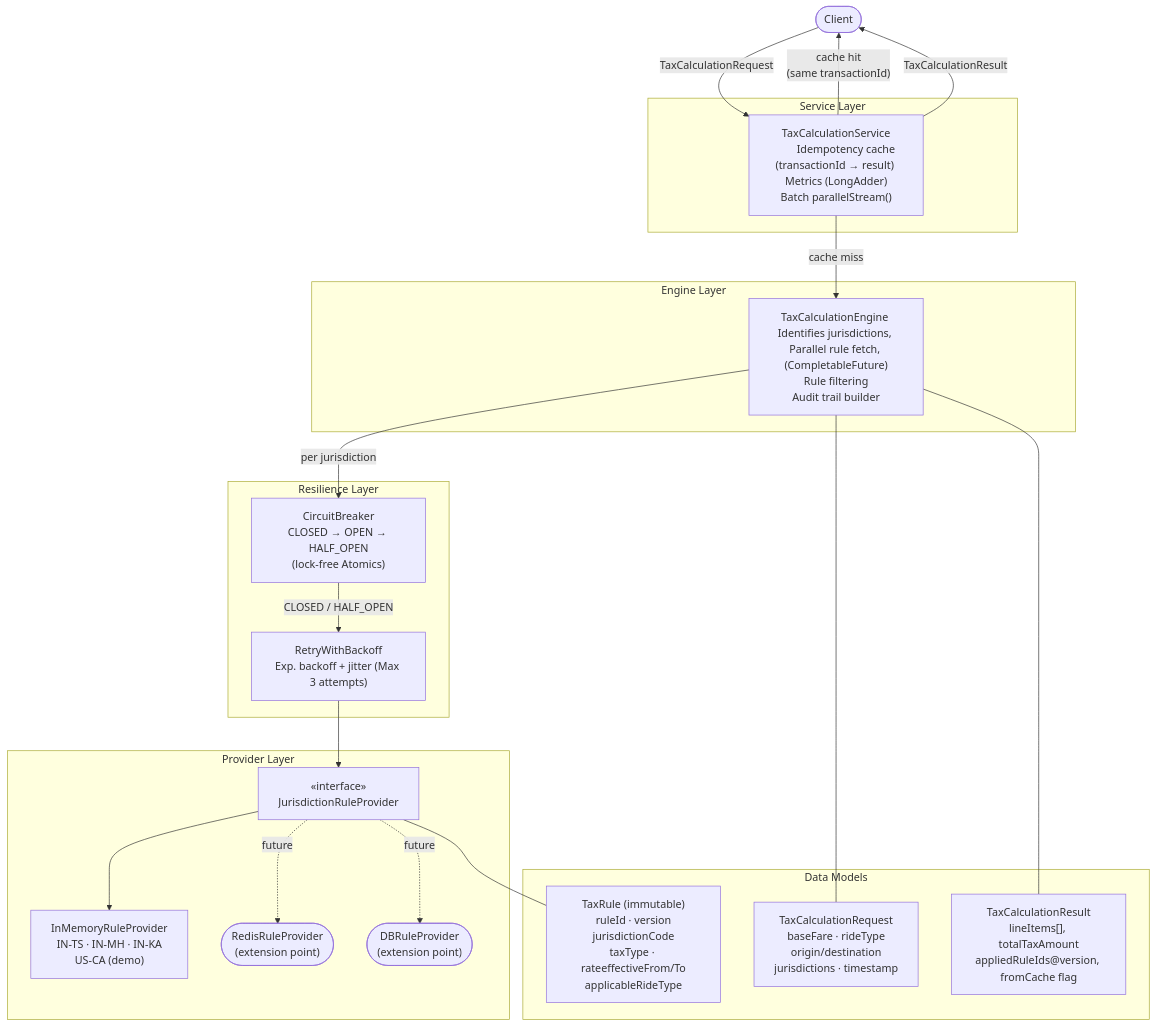
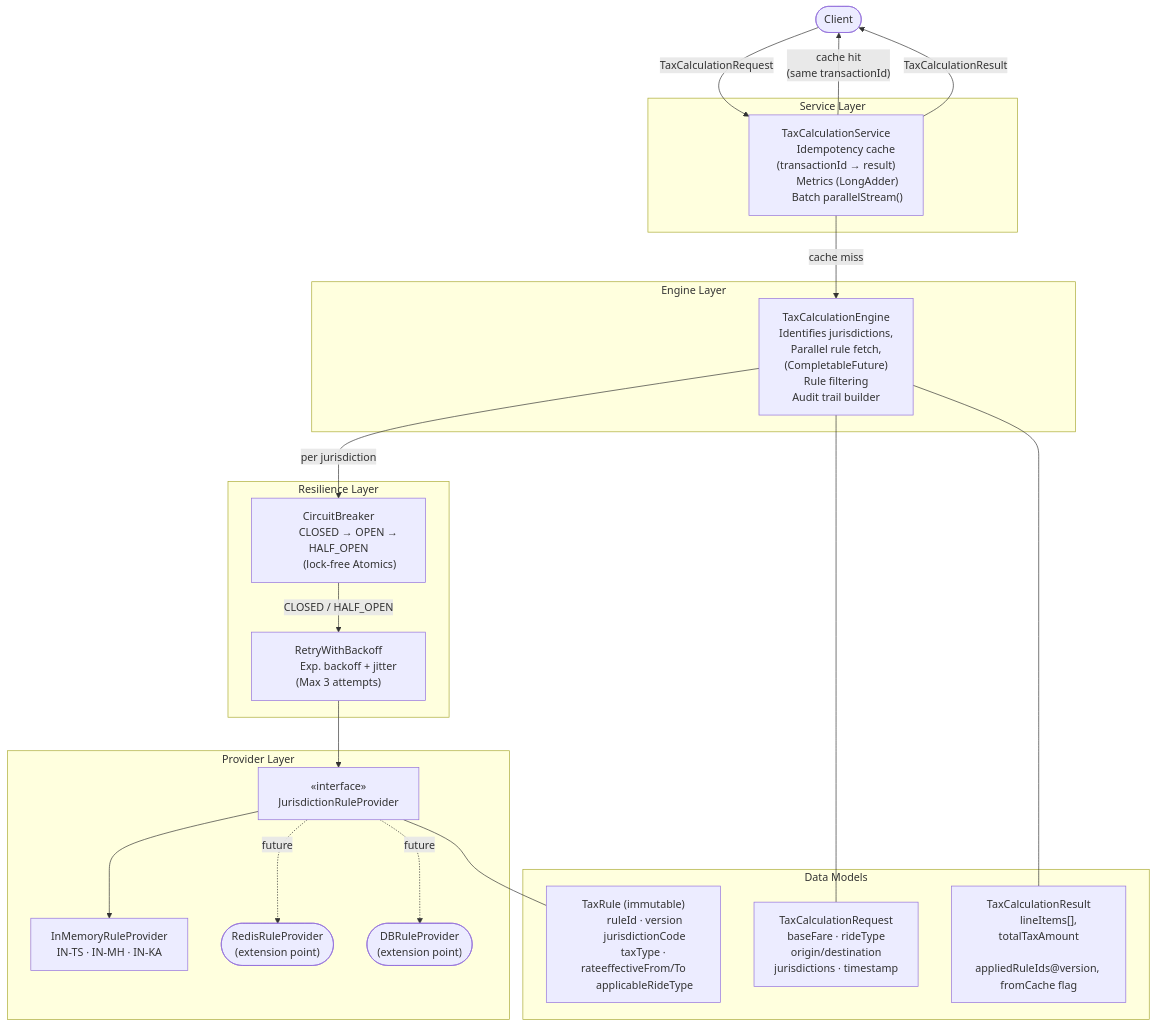
One commit to JaspreetRFSingh/geo-tax changed the first of 3 diagrams in HIGH_LEVEL_DESIGN.md. Above: the diagram before and after it, drawn with Mermaid.

Commit message:
modified design diagram

````diff
--- a/HIGH_LEVEL_DESIGN.md
+++ b/HIGH_LEVEL_DESIGN.md
@@ -17,48 +17,71 @@
 ```mermaid
 flowchart TD
     Client(["Client"])
 
     subgraph Service Layer
         SVC["TaxCalculationService
-        Idempotency cache (transactionId → result) \n Metrics (LongAdder) \nBatch parallelStream()"]
+        Idempotency cache (transactionId → result)
+        Metrics (LongAdder)
+        Batch parallelStream()"]
     end
 
     subgraph Engine Layer
-        ENG["TaxCalculationEngine \nIdentifies jurisdictions, Parallel rule fetch, (CompletableFuture)\nRule filtering\nAudit trail builder"]
+        ENG["TaxCalculationEngine
+        Identifies jurisdictions, 
+        Parallel rule fetch,
+        (CompletableFuture)
+        Rule filtering
+        Audit trail builder"]
     end
 
     subgraph Resilience Layer
-        CB["CircuitBreaker\nCLOSED → OPEN → HALF_OPEN\n(lock-free Atomics)"]
-        RB["RetryWithBackoff\nExp. backoff + jitter (Max 3 attempts)"]
+        CB["CircuitBreaker
+        CLOSED → OPEN → HALF_OPEN
+        (lock-free Atomics)"]
+        RB["RetryWithBackoff
+        Exp. backoff + jitter (Max 3 attempts)"]
     end
 
     subgraph Provider Layer
-        IFACE["«interface»\nJurisdictionRuleProvider\n"]
-        INMEM["InMemoryRuleProvider\nIN-TS · IN-MH · IN-KA\nUS-CA (demo)"]
-        REDIS(["RedisRuleProvider\n(extension point)"])
-        DB(["DBRuleProvider\n(extension point)"])
+        IFACE["«interface»
+        JurisdictionRuleProvider"]
+        INMEM["InMemoryRuleProvider
+        IN-TS · IN-MH · IN-KA"]
+        REDIS(["RedisRuleProvider 
+        (extension point)"])
+        DB(["DBRuleProvider 
+        (extension point)"])
     end
 
     subgraph Data Models
-        REQ["TaxCalculationRequest\nbaseFare · rideType\norigin/destination\njurisdictions · timestamp"]
-        RULE["TaxRule (immutable)\nruleId · version\njurisdictionCode\ntaxType · rateeffectiveFrom/To\napplicableRideType"]
-        RES["TaxCalculationResult\nlineItems[], totalTaxAmount\nappliedRuleIds@version, fromCache flag"]
+        REQ["TaxCalculationRequest
+        baseFare · rideType
+        origin/destination
+        jurisdictions · timestamp"]
+        RULE["TaxRule (immutable)
+        ruleId · version
+        jurisdictionCode
+        taxType · rateeffectiveFrom/To
+        applicableRideType"]
+        RES["TaxCalculationResult
+        lineItems[], totalTaxAmount
+        appliedRuleIds@version, fromCache flag"]
     end
 
     Client -->|"TaxCalculationRequest"| SVC
     SVC -->|"cache miss"| ENG
     SVC -->|"cache hit\n(same transactionId)"| Client
 
     ENG -->|"per jurisdiction"| CB
     CB -->|"CLOSED / HALF_OPEN"| RB
     RB --> IFACE
     IFACE --> INMEM
     IFACE -.->|future| REDIS
     IFACE -.->|future| DB
 
     ENG --- REQ
     IFACE --- RULE
     ENG --- RES
 
     SVC -->|"TaxCalculationResult"| Client
 ```
````
